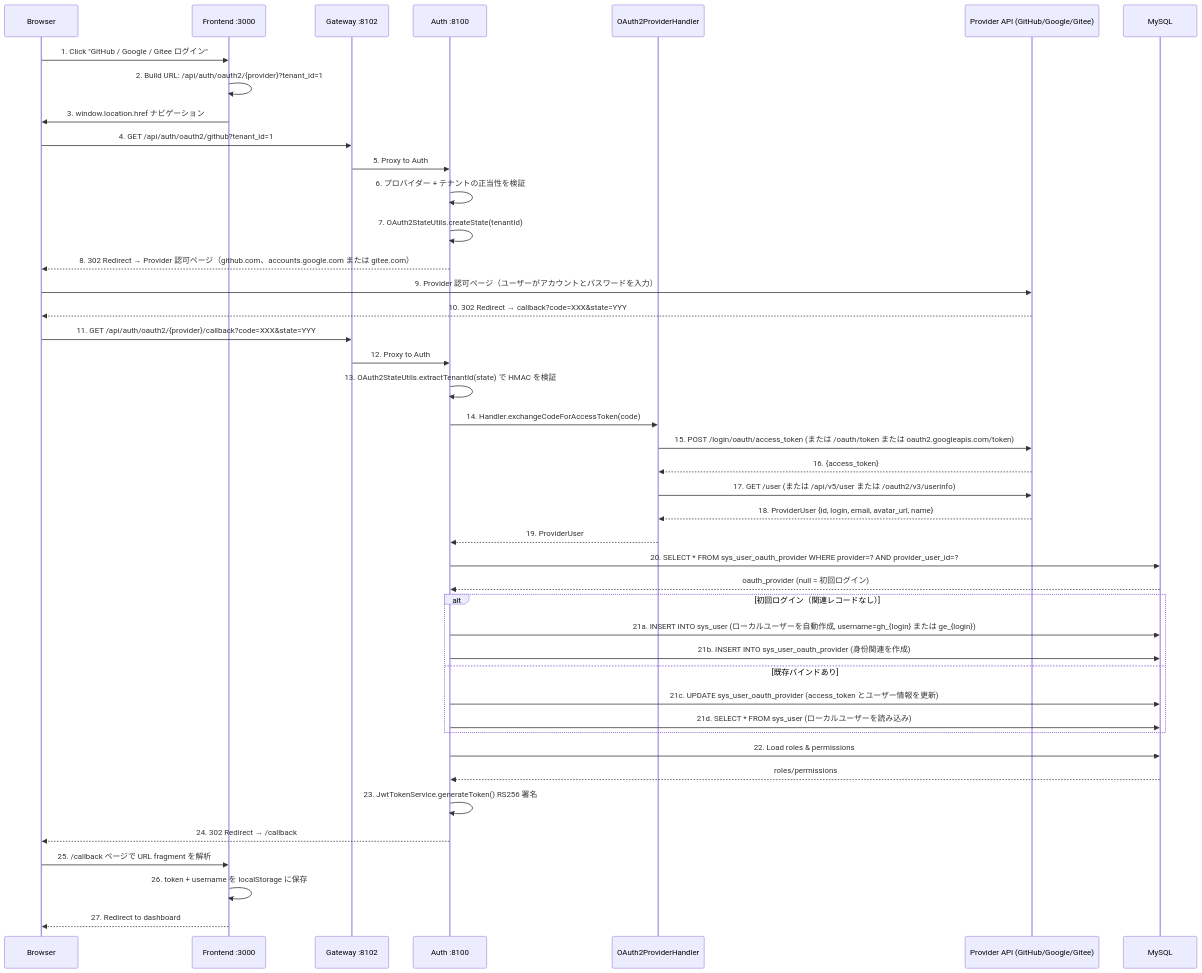
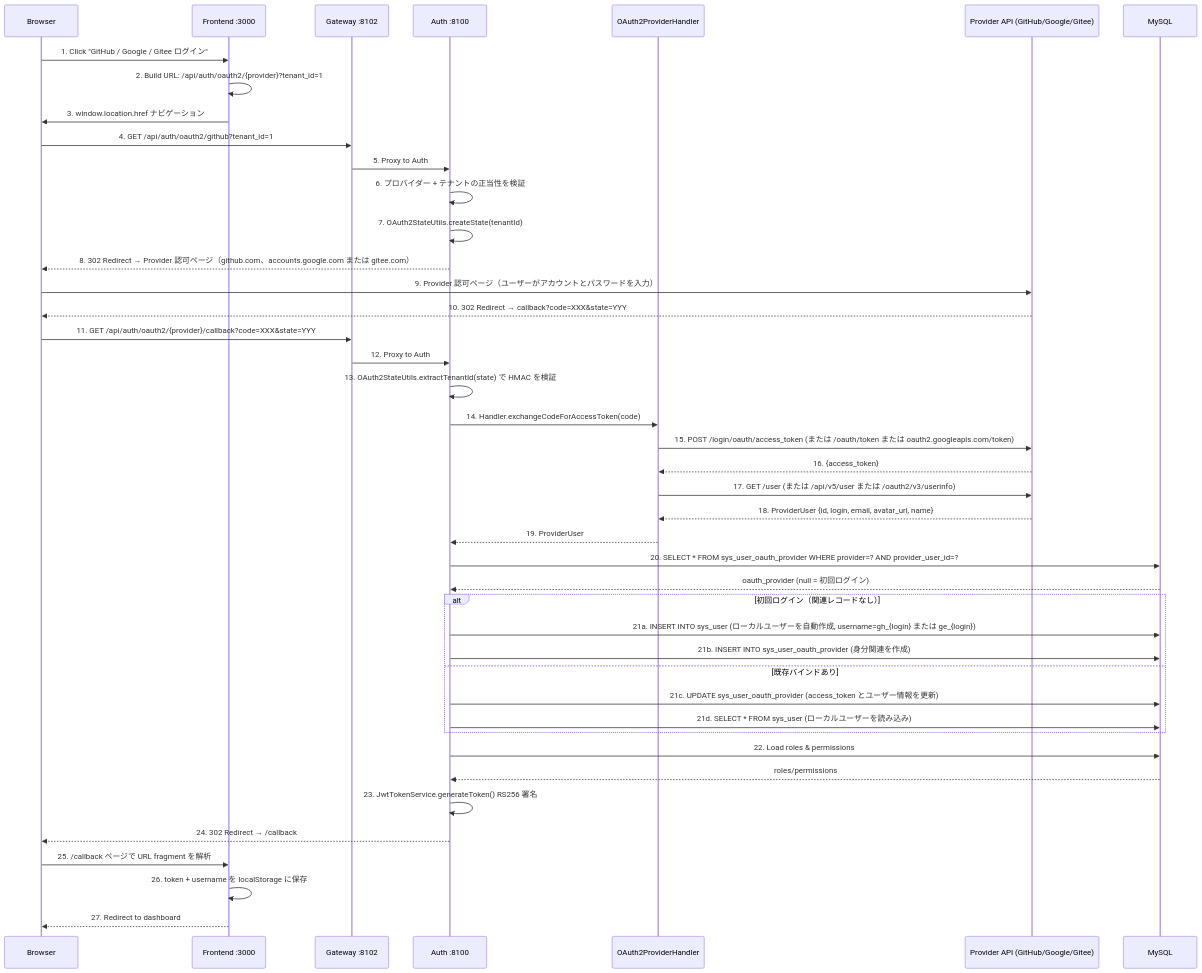
Before and after one commit to wang-baohai/Omni-Stack: the fourth of 19 diagrams in docs/core-flows.jp.md, drawn with Mermaid. The commit also changed other lines of this file and 1443 other files, not shown here.

````diff
--- a/docs/core-flows.jp.md
+++ b/docs/core-flows.jp.md
@@ -438,52 +438,52 @@
 ```mermaid
 sequenceDiagram
     participant B as Browser
     participant F as Frontend :3000
     participant G as Gateway :8102
     participant A as Auth :8100
     participant H as OAuth2ProviderHandler
     participant P as Provider API (GitHub/Google/Gitee)
     participant M as MySQL
 
     B->>F: 1. Click "GitHub / Google / Gitee ログイン"
     F->>F: 2. Build URL: /api/auth/oauth2/{provider}?tenant_id=1
     F->>B: 3. window.location.href ナビゲーション
     B->>G: 4. GET /api/auth/oauth2/github?tenant_id=1
     G->>A: 5. Proxy to Auth
     A->>A: 6. プロバイダー + テナントの正当性を検証
     A->>A: 7. OAuth2StateUtils.createState(tenantId)
     A-->>B: 8. 302 Redirect → Provider 認可ページ（github.com、accounts.google.com または gitee.com）
 
     B->>P: 9. Provider 認可ページ（ユーザーがアカウントとパスワードを入力）
     P-->>B: 10. 302 Redirect → callback?code=XXX&state=YYY
     B->>G: 11. GET /api/auth/oauth2/{provider}/callback?code=XXX&state=YYY
     G->>A: 12. Proxy to Auth
 
     A->>A: 13. OAuth2StateUtils.extractTenantId(state) で HMAC を検証
     A->>H: 14. Handler.exchangeCodeForAccessToken(code)
     H->>P: 15. POST /login/oauth/access_token (または /oauth/token または oauth2.googleapis.com/token)
     P-->>H: 16. {access_token}
     H->>P: 17. GET /user (または /api/v5/user または /oauth2/v3/userinfo)
     P-->>H: 18. ProviderUser {id, login, email, avatar_url, name}
     H-->>A: 19. ProviderUser
 
     A->>M: 20. SELECT * FROM sys_user_oauth_provider WHERE provider=? AND provider_user_id=?
     M-->>A: oauth_provider (null = 初回ログイン)
 
     alt 初回ログイン（関連レコードなし）
         A->>M: 21a. INSERT INTO sys_user (ローカルユーザーを自動作成, username=gh_{login} または ge_{login})
-        A->>M: 21b. INSERT INTO sys_user_oauth_provider (身份関連を作成)
+        A->>M: 21b. INSERT INTO sys_user_oauth_provider (身分関連を作成)
     else 既存バインドあり
         A->>M: 21c. UPDATE sys_user_oauth_provider (access_token とユーザー情報を更新)
         A->>M: 21d. SELECT * FROM sys_user (ローカルユーザーを読み込み)
     end
 
     A->>M: 22. Load roles & permissions
     M-->>A: roles/permissions
     A->>A: 23. JwtTokenService.generateToken() RS256 署名
     A-->>B: 24. 302 Redirect → /callback#token=JWT&username=gh_xxx
 
     B->>F: 25. /callback ページで URL fragment を解析
     F->>F: 26. token + username を localStorage に保存
     F-->>B: 27. Redirect to dashboard
 ```
````
